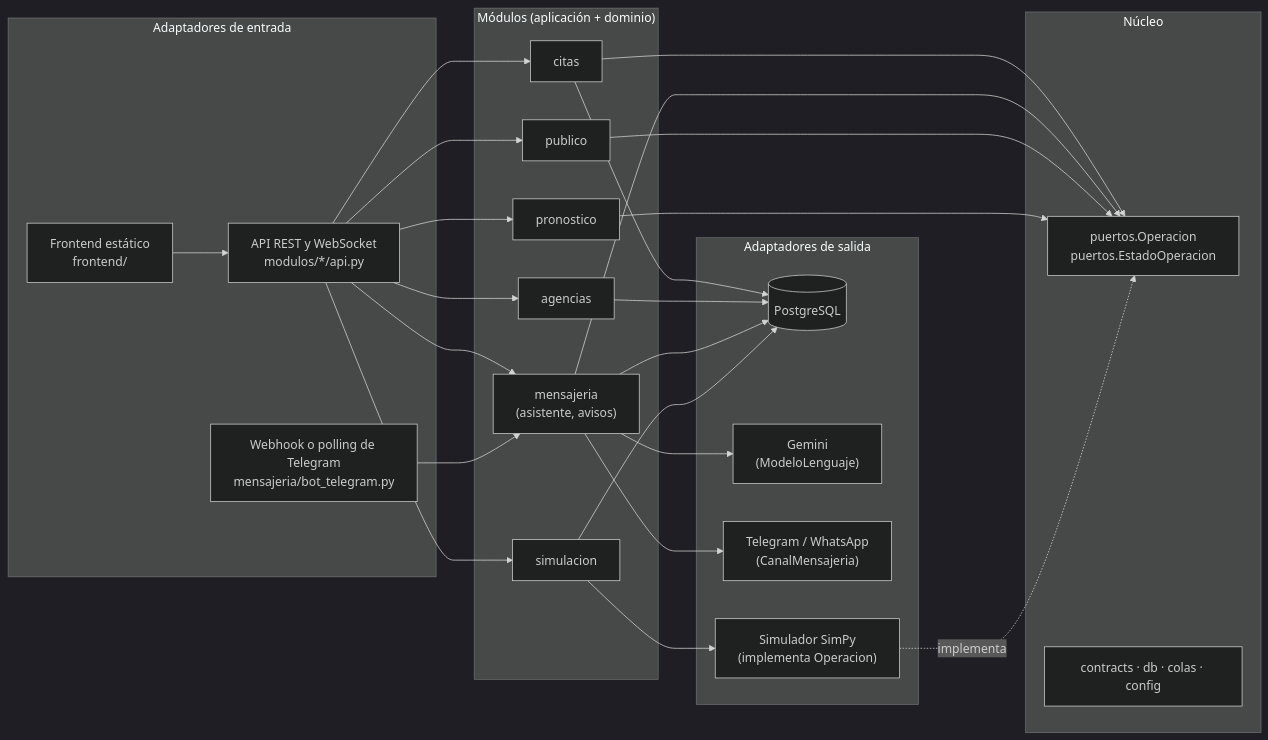
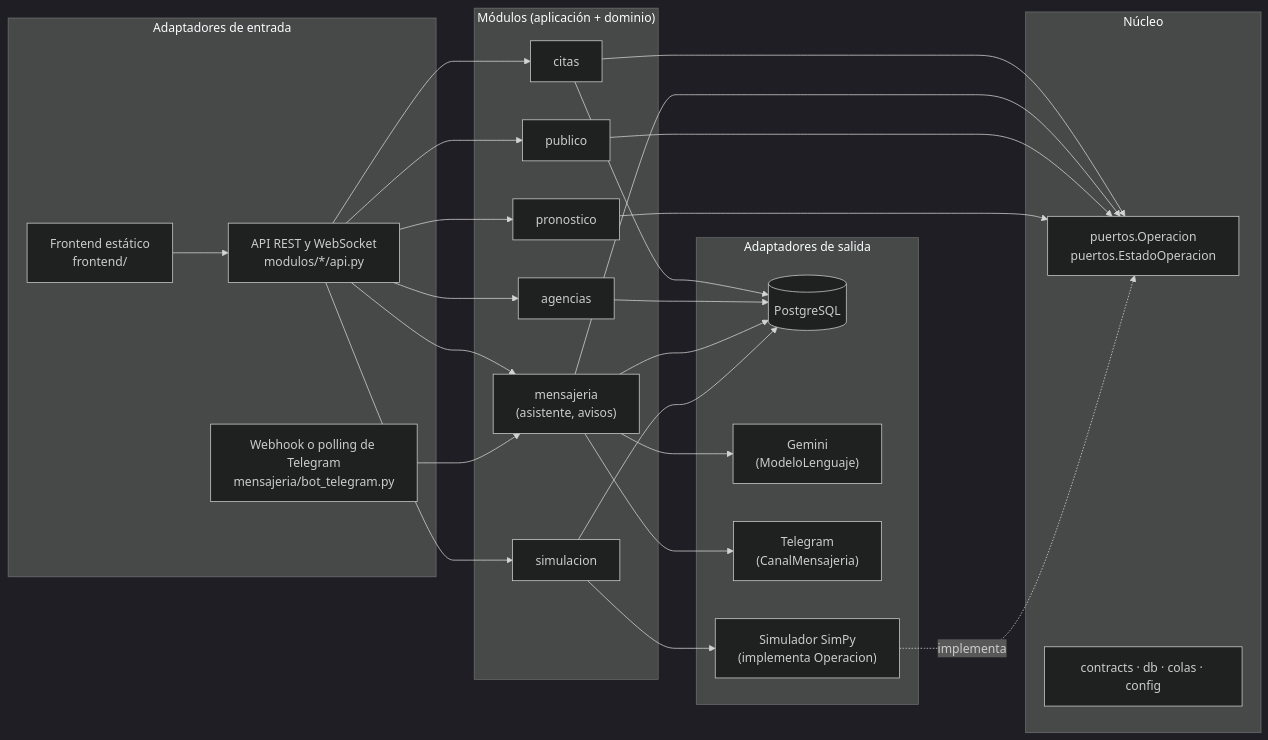
One commit to HoracioHR17/Fluport changed the diagram in docs/arquitectura.md. Above: the diagram before and after it, drawn with Mermaid (dark theme). The commit also changed other lines of this file and 38 other files, not shown here.

Commit message:
feat(frontend): rediseño con gráficas y simbología, mapa acotado al puerto y retiro de WhatsApp

````diff
--- a/docs/arquitectura.md
+++ b/docs/arquitectura.md
@@ -12,35 +12,35 @@
 ```mermaid
 flowchart LR
   subgraph Entrada["Adaptadores de entrada"]
     API["API REST y WebSocket<br/>modulos/*/api.py"]
     TG["Webhook o polling de Telegram<br/>mensajeria/bot_telegram.py"]
     WEB["Frontend estático<br/>frontend/"]
   end
   subgraph Modulos["Módulos (aplicación + dominio)"]
     CIT["citas"]
     AGE["agencias"]
     MEN["mensajeria<br/>(asistente, avisos)"]
     PRO["pronostico"]
     PUB["publico"]
     SIM["simulacion"]
   end
   subgraph Nucleo["Núcleo"]
     PUE["puertos.Operacion<br/>puertos.EstadoOperacion"]
     CON["contracts · db · colas · config"]
   end
   subgraph Salida["Adaptadores de salida"]
     PG[("PostgreSQL")]
     GEM["Gemini<br/>(ModeloLenguaje)"]
-    TEL["Telegram / WhatsApp<br/>(CanalMensajeria)"]
+    TEL["Telegram<br/>(CanalMensajeria)"]
     MOT["Simulador SimPy<br/>(implementa Operacion)"]
   end
   WEB --> API
   API --> CIT & AGE & MEN & PRO & PUB & SIM
   TG --> MEN
   CIT & MEN & PUB --> PUE
   PRO --> PUE
   MOT -. implementa .-> PUE
   SIM --> MOT
   MEN --> GEM & TEL
   CIT & AGE & MEN & SIM --> PG
 ```
````
